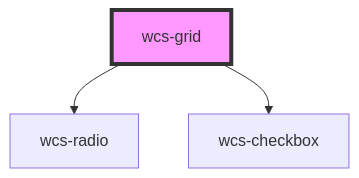
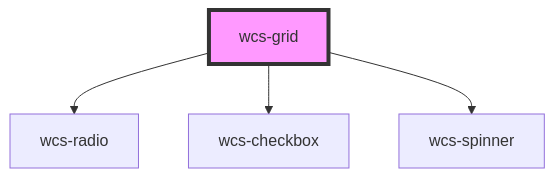
Before and after one commit to SNCFdevelopers/wcs: the diagram in src/components/grid/readme.md, drawn with Mermaid. The commit also changed other lines of this file and 6 other files, not shown here.

Commit message:
fix(grid): fix border of header and last row, fix select all rows and add prop 'loading' to display spinner during data loading

````diff
--- a/src/components/grid/readme.md
+++ b/src/components/grid/readme.md
@@ -163,6 +142,7 @@
 ```mermaid
 graph TD;
   wcs-grid --> wcs-radio
   wcs-grid --> wcs-checkbox
+  wcs-grid --> wcs-spinner
   style wcs-grid fill:#f9f,stroke:#333,stroke-width:4px
 ```
````
